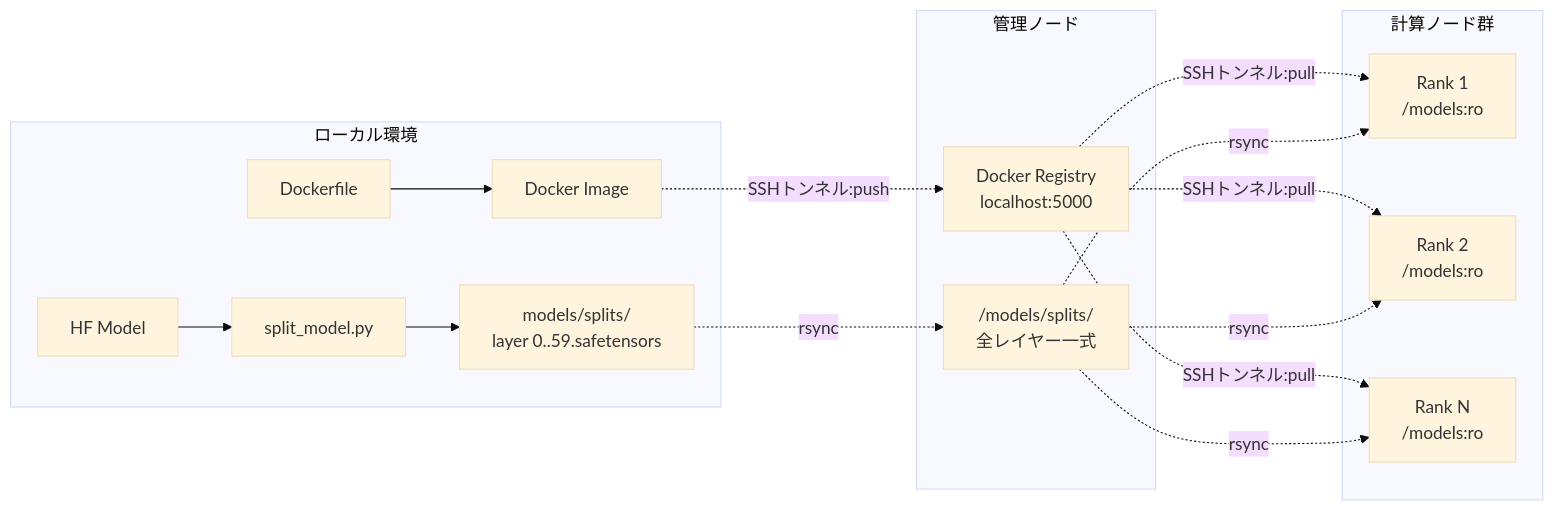
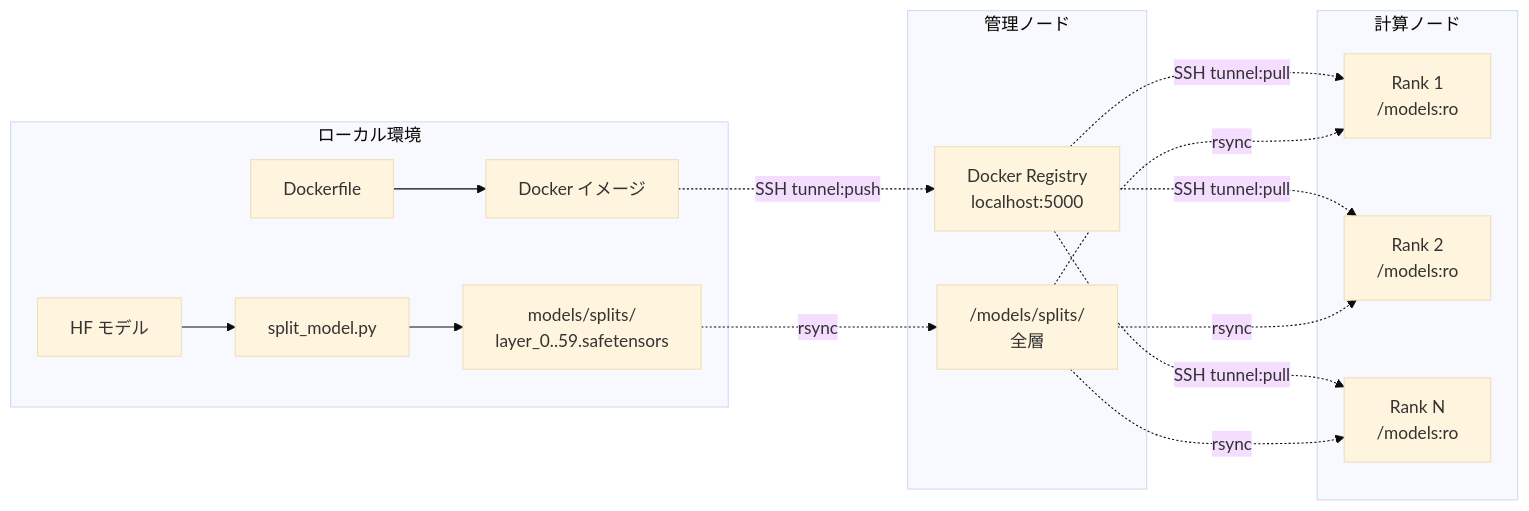
One commit to babcs2035/distributed-llm changed the fifth of 7 diagrams in README.md. Above: the diagram before and after it, drawn with Mermaid (base theme). The commit also changed other lines of this file and 17 other files, not shown here.

````diff
--- a/README.md
+++ b/README.md
@@ -446,28 +418,28 @@
 ```mermaid
 flowchart LR
     subgraph Local["ローカル環境"]
-        A[Dockerfile] --> B[Docker Image]
-        C[HF Model] --> D[split_model.py] --> E[models/splits/<br/>layer 0..59.safetensors]
+        A[Dockerfile] --> B[Docker イメージ]
+        C[HF モデル] --> D[split_model.py] --> E[models/splits/<br/>layer_0..59.safetensors]
     end
 
     subgraph Master["管理ノード"]
         F[Docker Registry<br/>localhost:5000]
-        G["/models/splits/<br/>全レイヤー一式"]
+        G["/models/splits/<br/>全層"]
     end
 
-    subgraph Nodes["計算ノード群"]
+    subgraph Nodes["計算ノード"]
         H[Rank 1<br/>/models:ro]
         I[Rank 2<br/>/models:ro]
         J[Rank N<br/>/models:ro]
     end
 
-    B -.SSHトンネル:push.-> F
-    F -.SSHトンネル:pull.-> H
-    F -.SSHトンネル:pull.-> I
-    F -.SSHトンネル:pull.-> J
+    B -.SSH tunnel:push.-> F
+    F -.SSH tunnel:pull.-> H
+    F -.SSH tunnel:pull.-> I
+    F -.SSH tunnel:pull.-> J
 
     E -.rsync.-> G
     G -.rsync.-> H
     G -.rsync.-> I
     G -.rsync.-> J
 ```
````
